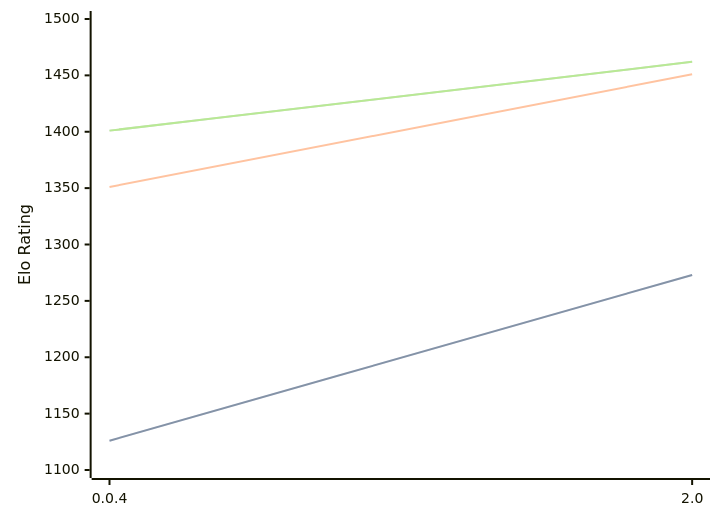
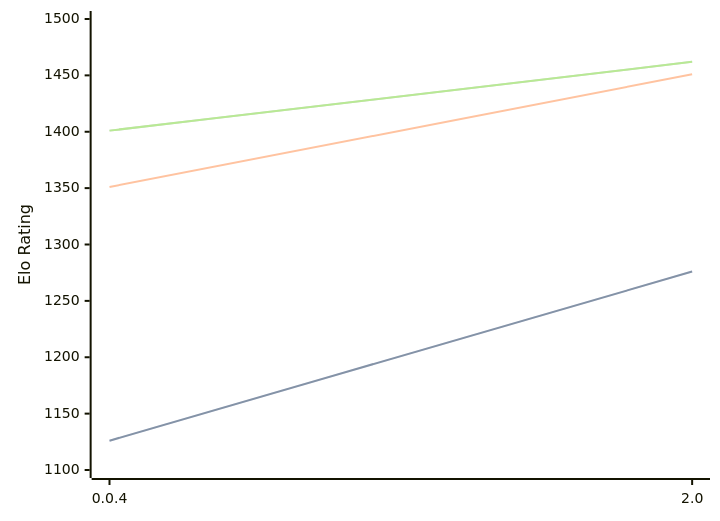
The diagram in engines/Oops!Mate.md (computer-chess-index/cci), drawn with Mermaid before and after one commit. The commit also changed other lines of this file, not shown here.

````diff
--- a/engines/Oops!Mate.md
+++ b/engines/Oops!Mate.md
@@ -52,11 +52,11 @@
 ```mermaid
 %%{init: {"theme":"base","themeVariables":{"seriesColors:['#a3a3a3','#222221','#faa371']}}}%%
 xychart-beta
   x-axis ["0.0.4", "2.0"]
   y-axis "Elo Rating" 1100 --> 1500
-  line "STC (8.0+0.08s)" [1126, 1273]
-  line "STC (8.0+0.08s)" [1126, 1273]
+  line "STC (8.0+0.08s)" [1126, 1276]
+  line "STC (8.0+0.08s)" [1126, 1276]
   line "LTC (60.0+0.60s)" [1351, 1451]
   line "VLTC (2m24s+1.12s)" [1401, 1462]
   line "VLTC (2m24s+1.12s)" [1401, 1462]
 ```
````
